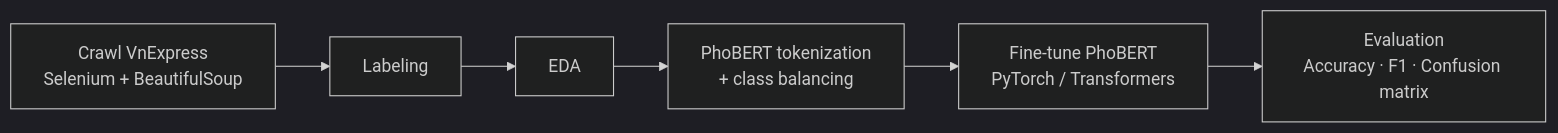
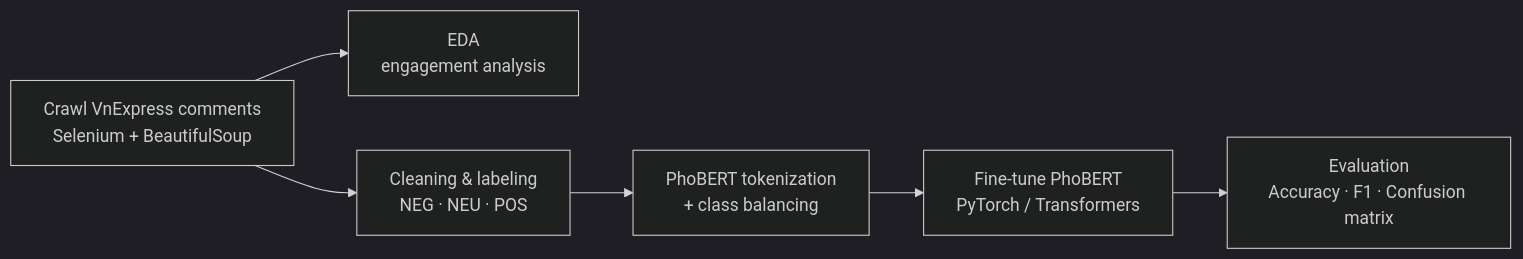
One commit to LinhNhat07/Vietnamese-Comment-Sentiment-PhoBERT changed the diagram in README.md. Above: the diagram before and after it, drawn with Mermaid (dark theme). The commit also changed other lines of this file, not shown here.

Commit message:
Correct dataset description: reader comments, label distribution, crawler details

````diff
--- a/README.md
+++ b/README.md
@@ -38,8 +47,8 @@
 ```mermaid
 flowchart LR
-    A[Crawl VnExpress<br/>Selenium + BeautifulSoup] --> B[Labeling]
-    B --> C[EDA]
+    A[Crawl VnExpress comments<br/>Selenium + BeautifulSoup] --> B[EDA<br/>engagement analysis]
+    A --> C[Cleaning & labeling<br/>NEG · NEU · POS]
     C --> D[PhoBERT tokenization<br/>+ class balancing]
     D --> E[Fine-tune PhoBERT<br/>PyTorch / Transformers]
     E --> F[Evaluation<br/>Accuracy · F1 · Confusion matrix]
 ```
````
